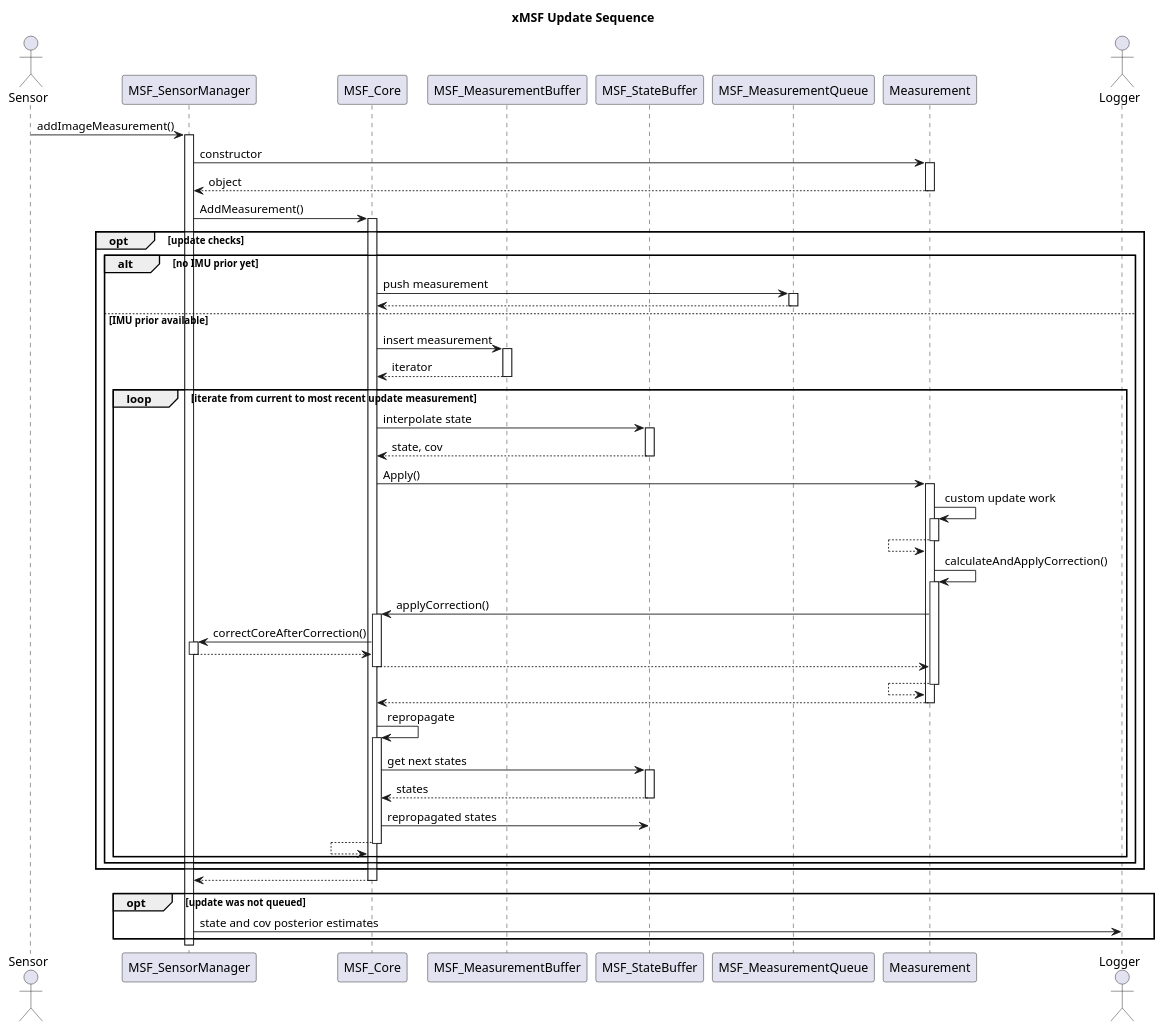
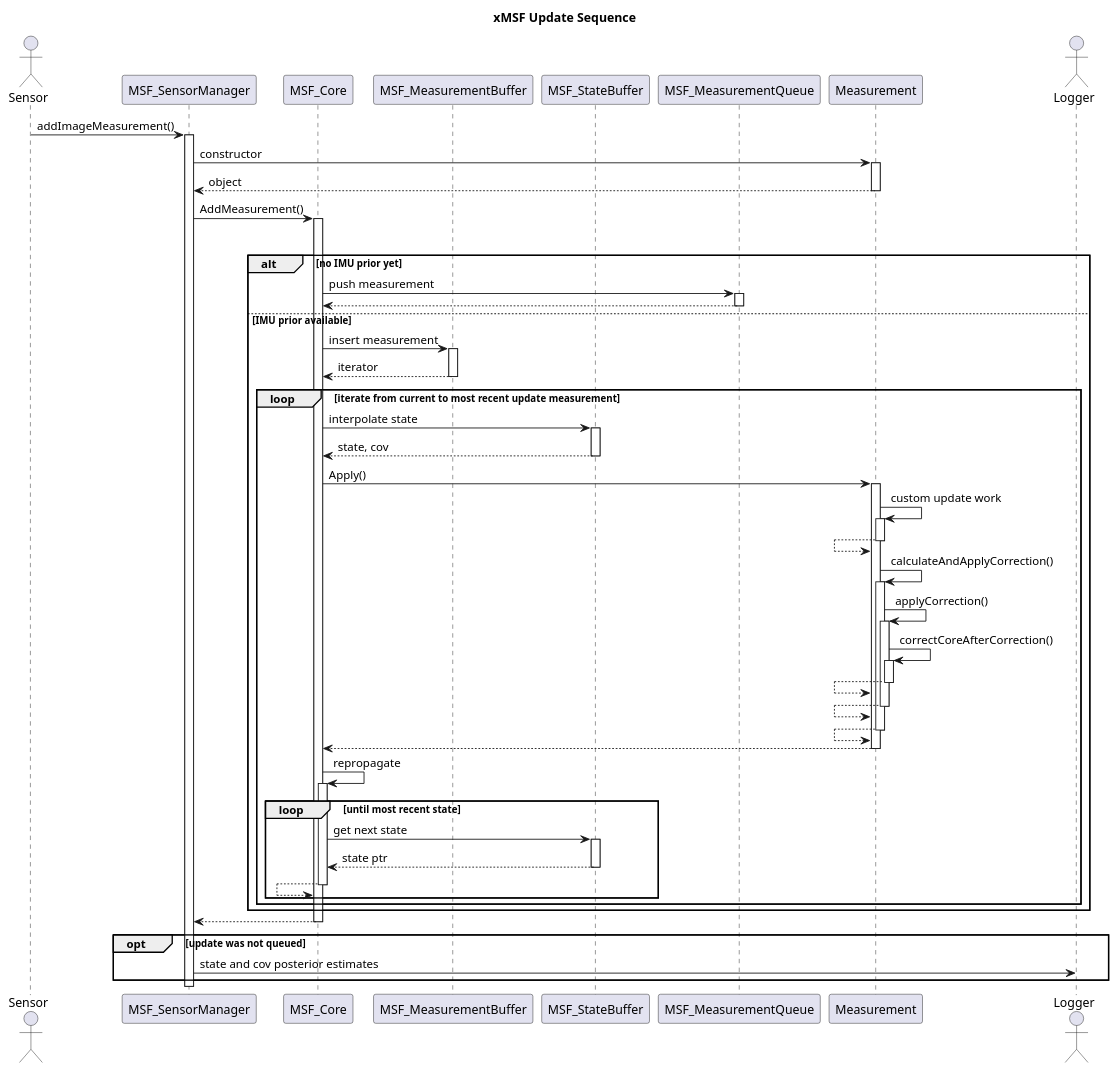
One commit to jpl-x/x_uml changed the diagram in seq_x_msf_update.md. Above: the diagram before and after it, drawn with PlantUML. The commit also changed 5 other files, not shown here.

Commit message:
Status as of mid-May 2020, after a partial refactoring of xMSF.

````diff
--- a/seq_x_msf_update.md
+++ b/seq_x_msf_update.md
@@ -1,69 +1,70 @@
 ```plantuml
 @startuml
 
 title xMSF Update Sequence
 
 actor Sensor
 participant MSF_SensorManager
 participant MSF_Core
 participant MSF_MeasurementBuffer
 participant MSF_StateBuffer
 participant MSF_MeasurementQueue
 participant Measurement
 actor Logger
 
 Sensor->MSF_SensorManager++: addImageMeasurement()
 MSF_SensorManager->Measurement++: constructor
 MSF_SensorManager<--Measurement--: object
 MSF_SensorManager->MSF_Core++:  AddMeasurement()
 
 opt update checks
 
   alt no IMU prior yet
     
     MSF_Core->MSF_MeasurementQueue++: push measurement
     MSF_Core<--MSF_MeasurementQueue--
   
   else IMU prior available
     
     MSF_Core->MSF_MeasurementBuffer++: insert measurement 
     MSF_Core<--MSF_MeasurementBuffer--: iterator
 
     loop iterate from current to most recent update measurement
 
       MSF_Core->MSF_StateBuffer++: interpolate state
       MSF_Core<--MSF_StateBuffer--: state, cov 
 
       MSF_Core->Measurement++: Apply()
       Measurement->Measurement++: custom update work
       Measurement<--Measurement--
       Measurement->Measurement++: calculateAndApplyCorrection()
-      Measurement->MSF_Core++: applyCorrection()
-      MSF_Core->MSF_SensorManager++: correctCoreAfterCorrection()
-      MSF_Core<--MSF_SensorManager--
-      Measurement<--MSF_Core--
+      Measurement->Measurement++: applyCorrection()
+      Measurement->Measurement++: correctCoreAfterCorrection()
+      Measurement<--Measurement--
+      Measurement<--Measurement--
       Measurement<--Measurement--
       MSF_Core<--Measurement--
 
       MSF_Core->MSF_Core++: repropagate
-      MSF_Core->MSF_StateBuffer++: get next states
-      MSF_Core<--MSF_StateBuffer--: states
-      MSF_Core->MSF_StateBuffer: repropagated states
+
+      loop until most recent state
+        MSF_Core->MSF_StateBuffer++: get next state
+        MSF_Core<--MSF_StateBuffer--: state ptr
       MSF_Core<--MSF_Core--
     end
     
 
   end
 
 end
 
 MSF_SensorManager<--MSF_Core--
 
 opt update was not queued
   MSF_SensorManager->Logger: state and cov posterior estimates
 end
 
 deactivate MSF_SensorManager
 
 @enduml
 ```
````
